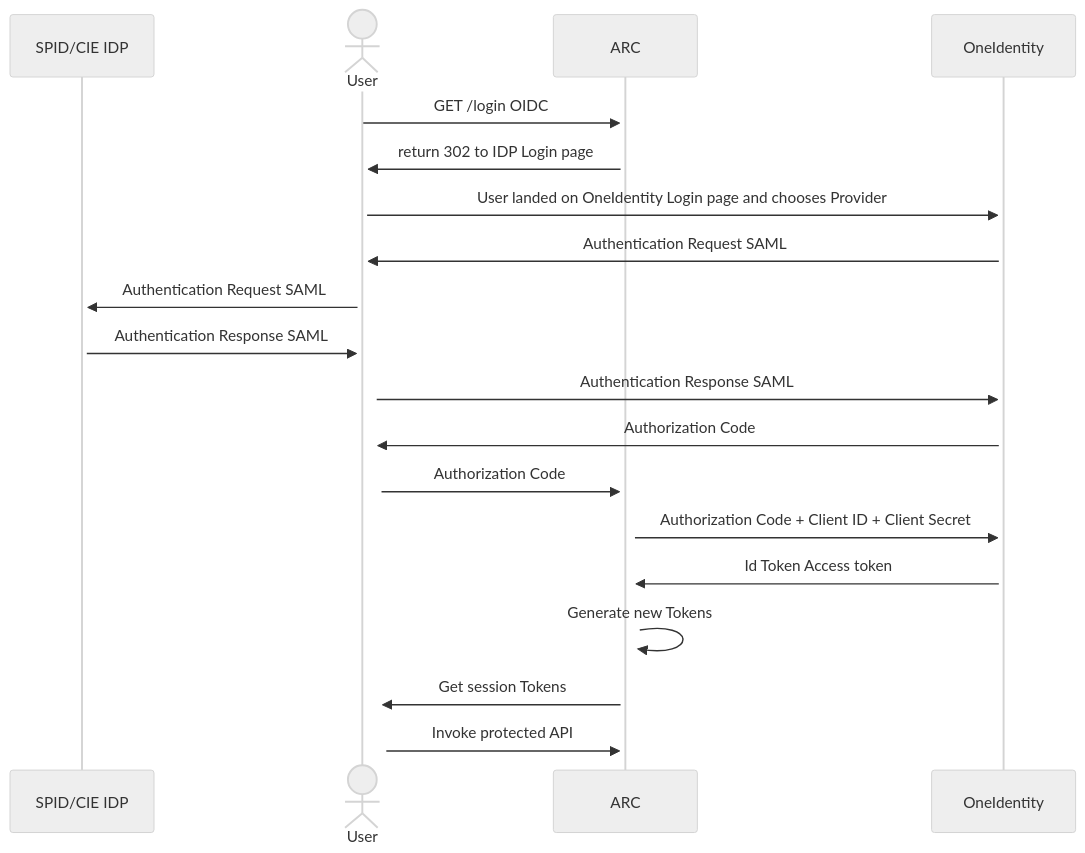
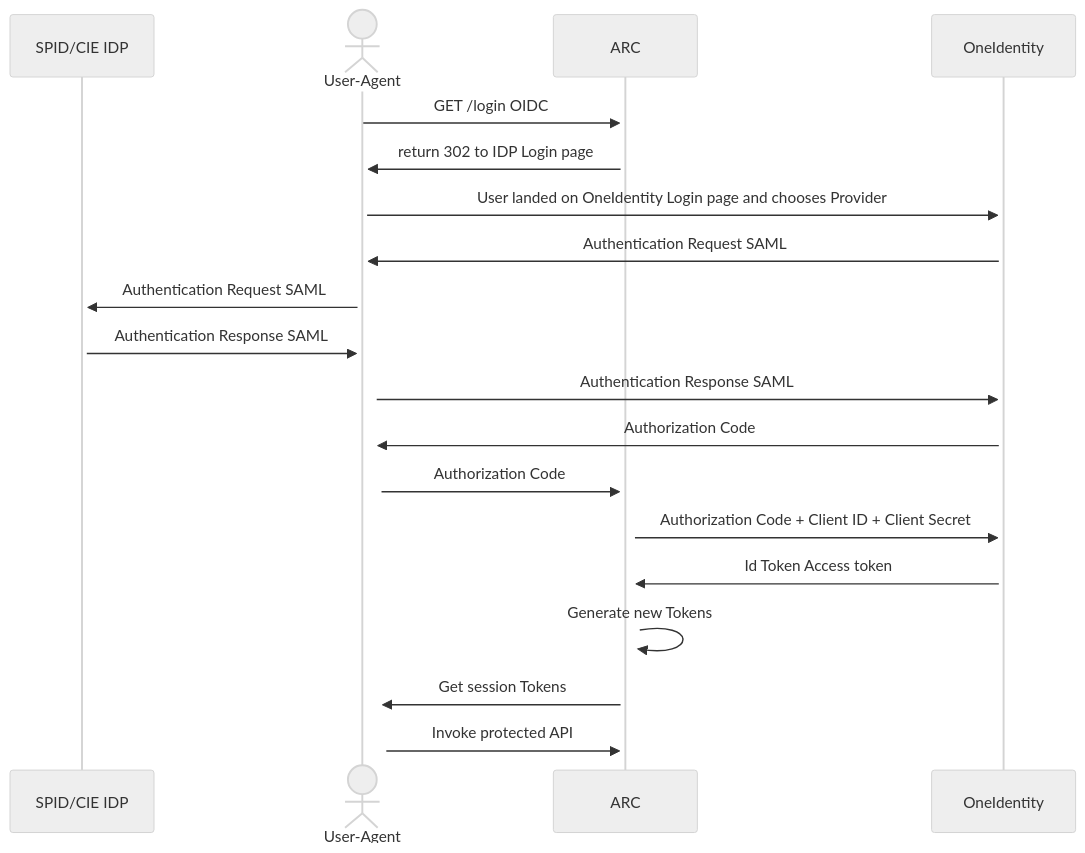
Before and after one commit to pagopa/p4pa-doc: the diagram in design/arc/oneidentity-integration/sequence_diagram_authentication.mmd, drawn with Mermaid (neutral theme). The commit also changed 3 other files, not shown here.

Commit message:
P4PU-171 added sequence diagrams for oneidentity DR

```diff
--- a/design/arc/oneidentity-integration/sequence_diagram_authentication.mmd
+++ b/design/arc/oneidentity-integration/sequence_diagram_authentication.mmd
@@ -1,21 +1,21 @@
 sequenceDiagram
     participant SPID/CIE IDP
-    actor User
+    actor User-Agent
     participant ARC
     participant OneIdentity
 
 
-    User ->>+ ARC: GET /login OIDC
-    ARC ->>+ User: return 302 to IDP Login page
-    User ->>+ OneIdentity: User landed on OneIdentity Login page and chooses Provider
-    OneIdentity ->>+ User: Authentication Request SAML
-    User ->>+ SPID/CIE IDP: Authentication Request SAML
-    SPID/CIE IDP ->>+ User: Authentication Response SAML
-    User ->>+ OneIdentity: Authentication Response SAML
-    OneIdentity ->>+ User: Authorization Code
-    User ->>+ ARC: Authorization Code
+    User-Agent ->>+ ARC: GET /login OIDC
+    ARC ->>+ User-Agent: return 302 to IDP Login page
+    User-Agent ->>+ OneIdentity: User landed on OneIdentity Login page and chooses Provider
+    OneIdentity ->>+ User-Agent: Authentication Request SAML
+    User-Agent ->>+ SPID/CIE IDP: Authentication Request SAML
+    SPID/CIE IDP ->>+ User-Agent: Authentication Response SAML
+    User-Agent ->>+ OneIdentity: Authentication Response SAML
+    OneIdentity ->>+ User-Agent: Authorization Code
+    User-Agent ->>+ ARC: Authorization Code
     ARC ->>+ OneIdentity: Authorization Code + Client ID + Client Secret
     OneIdentity ->>+ ARC: Id Token Access token
     ARC ->> ARC: Generate new Tokens
-    ARC ->>+ User: Get session Tokens
-    User ->>+ ARC: Invoke protected API
+    ARC ->>+ User-Agent: Get session Tokens
+    User-Agent ->>+ ARC: Invoke protected API
```
